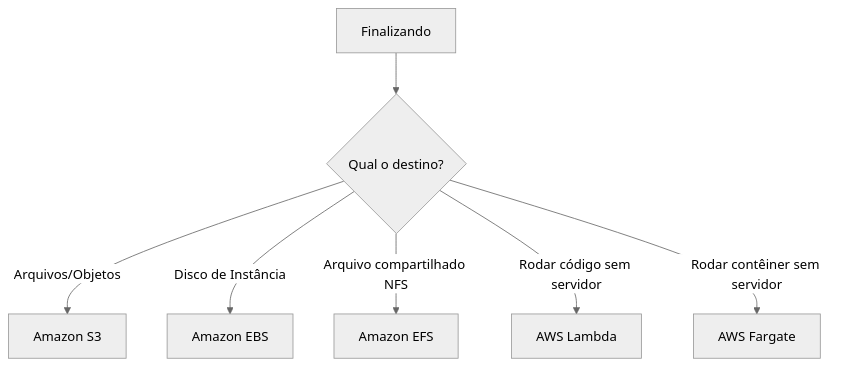
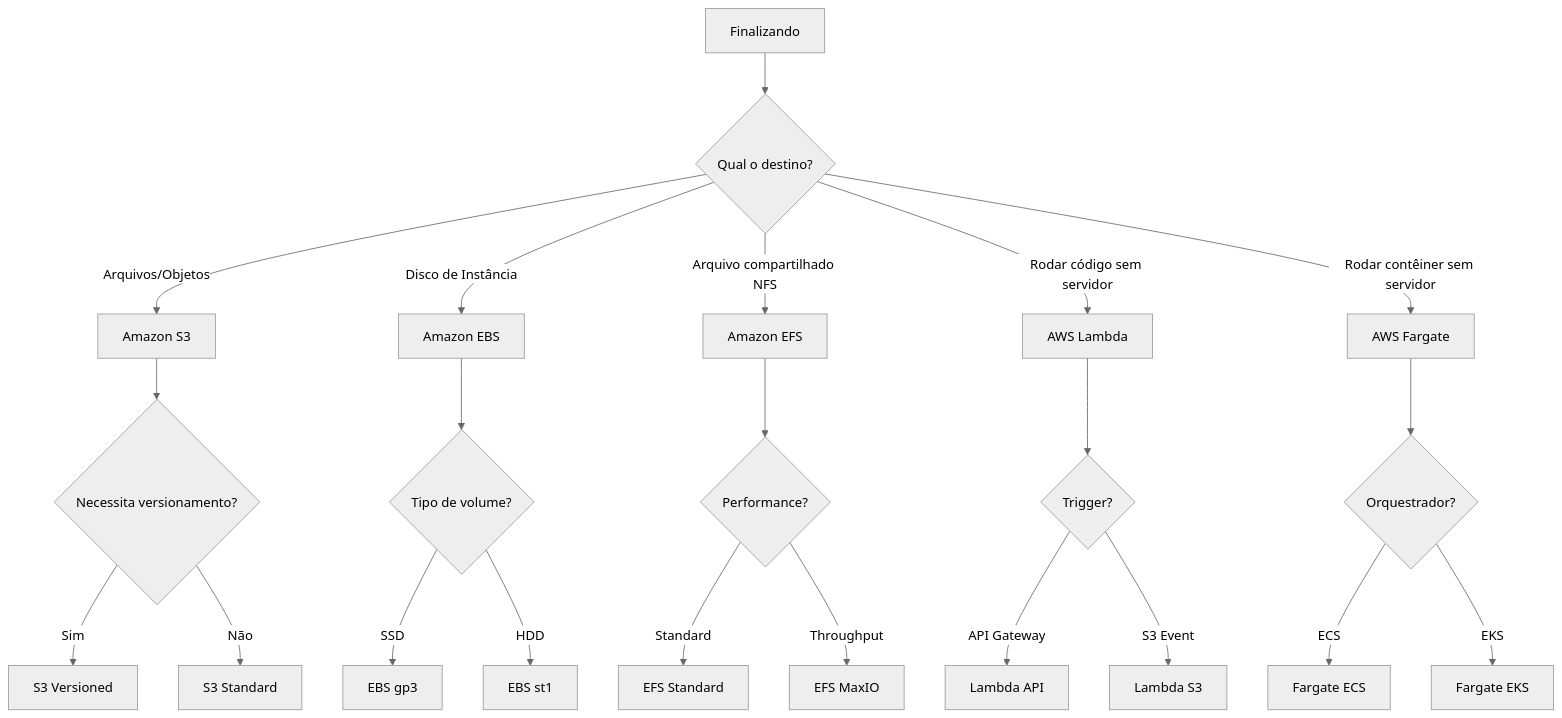
One commit to marcelooliveira/flashcards-aws changed the tenth of 10 diagrams in FlashCards/Web/wwwroot/minimal/decision-trees-aws-services.md. Above: the diagram before and after it, drawn with Mermaid (neutral theme). The commit also changed other lines of this file, not shown here.

````diff
--- a/FlashCards/Web/wwwroot/minimal/decision-trees-aws-services.md
+++ b/FlashCards/Web/wwwroot/minimal/decision-trees-aws-services.md
@@ -128,9 +277,24 @@
 ```mermaid
 graph TD
     A[Finalizando] --> B{Qual o destino?}
     B -- Arquivos/Objetos --> C[Amazon S3]
+    C --> C1{Necessita versionamento?}
+    C1 -- Sim --> C2[S3 Versioned]
+    C1 -- Não --> C3[S3 Standard]
     B -- Disco de Instância --> D[Amazon EBS]
+    D --> D1{Tipo de volume?}
+    D1 -- SSD --> D2[EBS gp3]
+    D1 -- HDD --> D3[EBS st1]
     B -- Arquivo compartilhado NFS --> E[Amazon EFS]
+    E --> E1{Performance?}
+    E1 -- Standard --> E2[EFS Standard]
+    E1 -- Throughput --> E3[EFS MaxIO]
     B -- Rodar código sem servidor --> F[AWS Lambda]
+    F --> F1{Trigger?}
+    F1 -- API Gateway --> F2[Lambda API]
+    F1 -- S3 Event --> F3[Lambda S3]
     B -- Rodar contêiner sem servidor --> G[AWS Fargate]
+    G --> G1{Orquestrador?}
+    G1 -- ECS --> G2[Fargate ECS]
+    G1 -- EKS --> G3[Fargate EKS]
 ```
````
